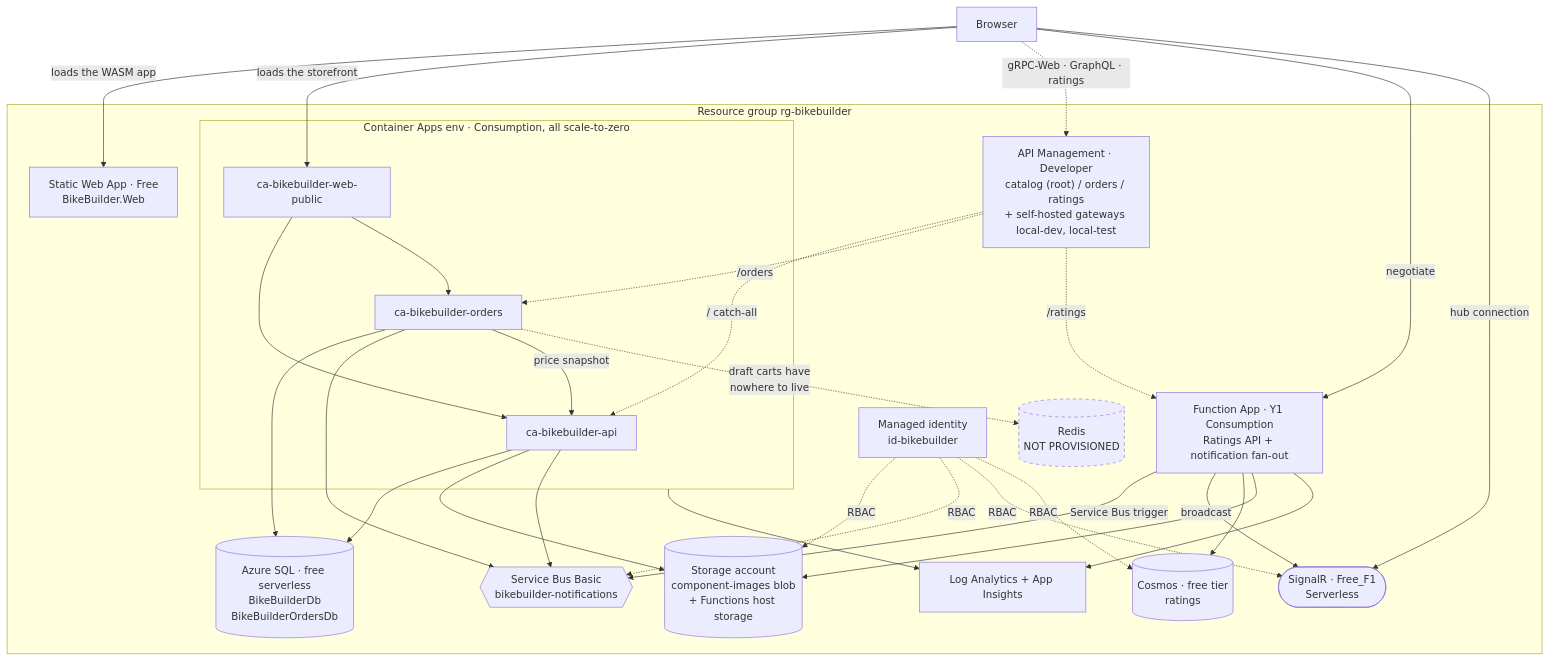
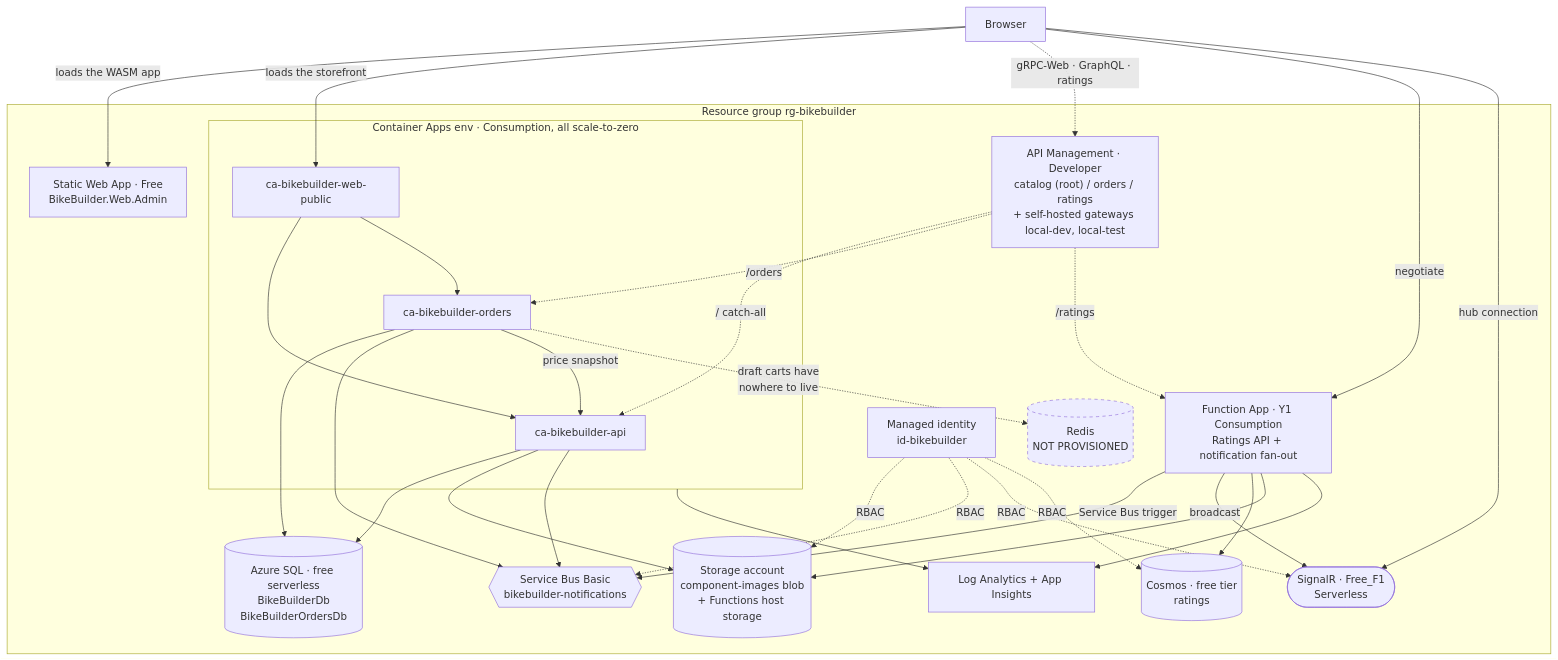
Before and after one commit to nickshepherd1983/BikeBuilderAspire: the diagram in infra/README.md, drawn with Mermaid. The commit also changed other lines of this file and 112 other files, not shown here.

First line of the commit message:
Rename BikeBuilder.Web to BikeBuilder.Web.Admin, rebrand as Bike Builder Admin

````diff
--- a/infra/README.md
+++ b/infra/README.md
@@ -10,60 +10,60 @@
 ```mermaid
 flowchart TB
     browser["Browser"]
 
     subgraph rg["Resource group rg-bikebuilder"]
-        swa["Static Web App · Free<br/>BikeBuilder.Web"]
+        swa["Static Web App · Free<br/>BikeBuilder.Web.Admin"]
         apim["API Management · Developer<br/>catalog (root) / orders / ratings<br/>+ self-hosted gateways local-dev, local-test"]
 
         subgraph cae["Container Apps env · Consumption, all scale-to-zero"]
             caapi["ca-bikebuilder-api"]
             caorders["ca-bikebuilder-orders"]
             cawp["ca-bikebuilder-web-public"]
         end
 
         func["Function App · Y1 Consumption<br/>Ratings API + notification fan-out"]
 
         sql[("Azure SQL · free serverless<br/>BikeBuilderDb<br/>BikeBuilderOrdersDb")]
         cosmos[("Cosmos · free tier<br/>ratings")]
         st[("Storage account<br/>component-images blob<br/>+ Functions host storage")]
         bus{{"Service Bus Basic<br/>bikebuilder-notifications"}}
         sigr(["SignalR · Free_F1<br/>Serverless"])
         redis[("Redis<br/>NOT PROVISIONED")]
 
         obs["Log Analytics + App Insights"]
         mi["Managed identity<br/>id-bikebuilder"]
     end
 
     browser -->|loads the WASM app| swa
     browser -->|loads the storefront| cawp
     browser -.->|gRPC-Web · GraphQL · ratings| apim
     apim -.->|/ catch-all| caapi
     apim -.->|/orders| caorders
     apim -.->|/ratings| func
     browser -->|negotiate| func
     browser -->|hub connection| sigr
 
     caapi --> sql
     caapi --> st
     caapi --> bus
     caorders --> sql
     caorders --> bus
     caorders -->|price snapshot| caapi
     caorders -.->|draft carts have<br/>nowhere to live| redis
     cawp --> caapi
     cawp --> caorders
 
     func -->|Service Bus trigger| bus
     func -->|broadcast| sigr
     func --> cosmos
     func --> st
 
     mi -.->|RBAC| st
     mi -.->|RBAC| bus
     mi -.->|RBAC| sigr
     mi -.->|RBAC| cosmos
     cae --> obs
     func --> obs
 
     style redis stroke-dasharray: 5 5
 ```
````
